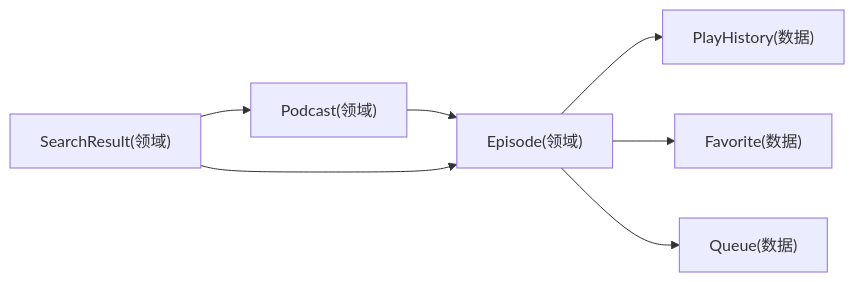
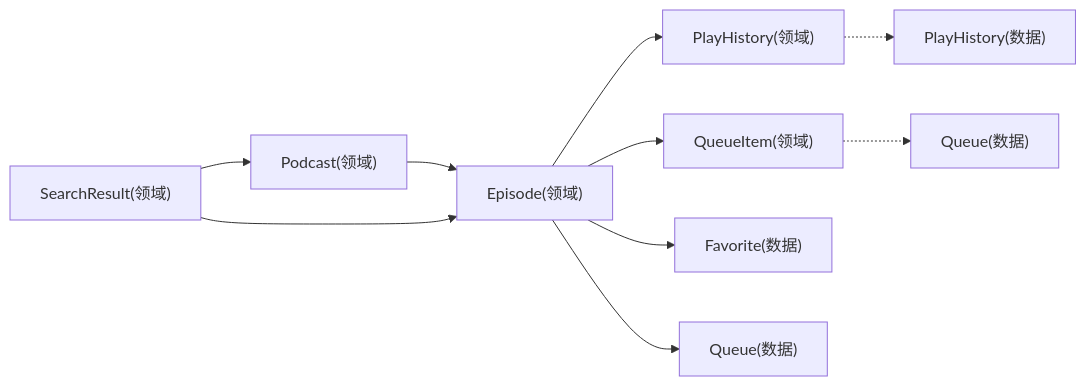
The sixth of 6 diagrams in .qoder/repowiki/zh/content/API 参考/领域实体 API.md (ZTfer/Tinycast), drawn with Mermaid before and after one commit. The commit also changed other lines of this file and 187 other files, not shown here.

````diff
--- a/.qoder/repowiki/zh/content/API 参考/领域实体 API.md
+++ b/.qoder/repowiki/zh/content/API 参考/领域实体 API.md
@@ -301,9 +399,12 @@
 ```mermaid
 graph LR
 P["Podcast(领域)"] --> E["Episode(领域)"]
-E --> PH["PlayHistory(数据)"]
+E --> PH["PlayHistory(领域)"]
+E --> QI["QueueItem(领域)"]
 E --> F["Favorite(数据)"]
 E --> Q["Queue(数据)"]
 S["SearchResult(领域)"] --> P
 S --> E
+PH -.-> PH_M["PlayHistory(数据)"]
+QI -.-> Q_M["Queue(数据)"]
 ```
````
